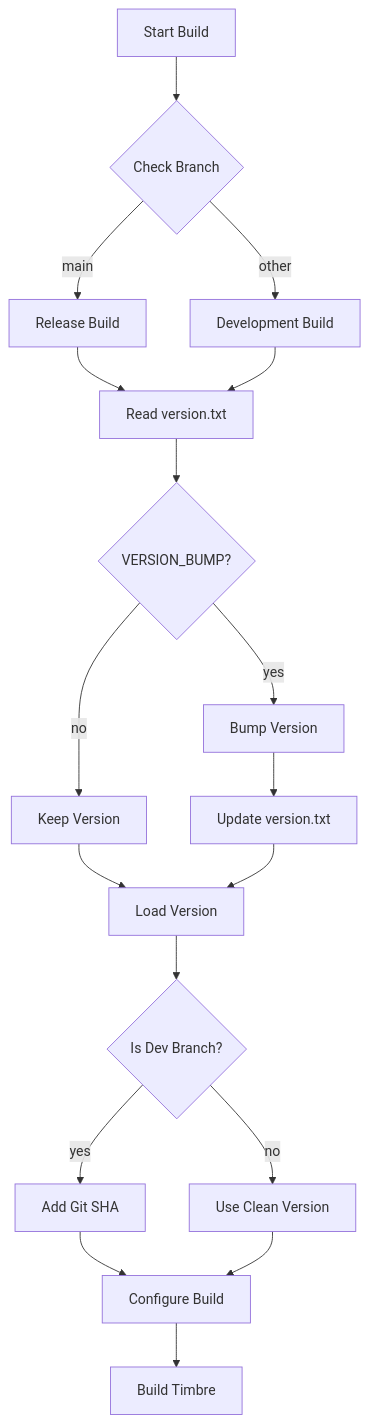
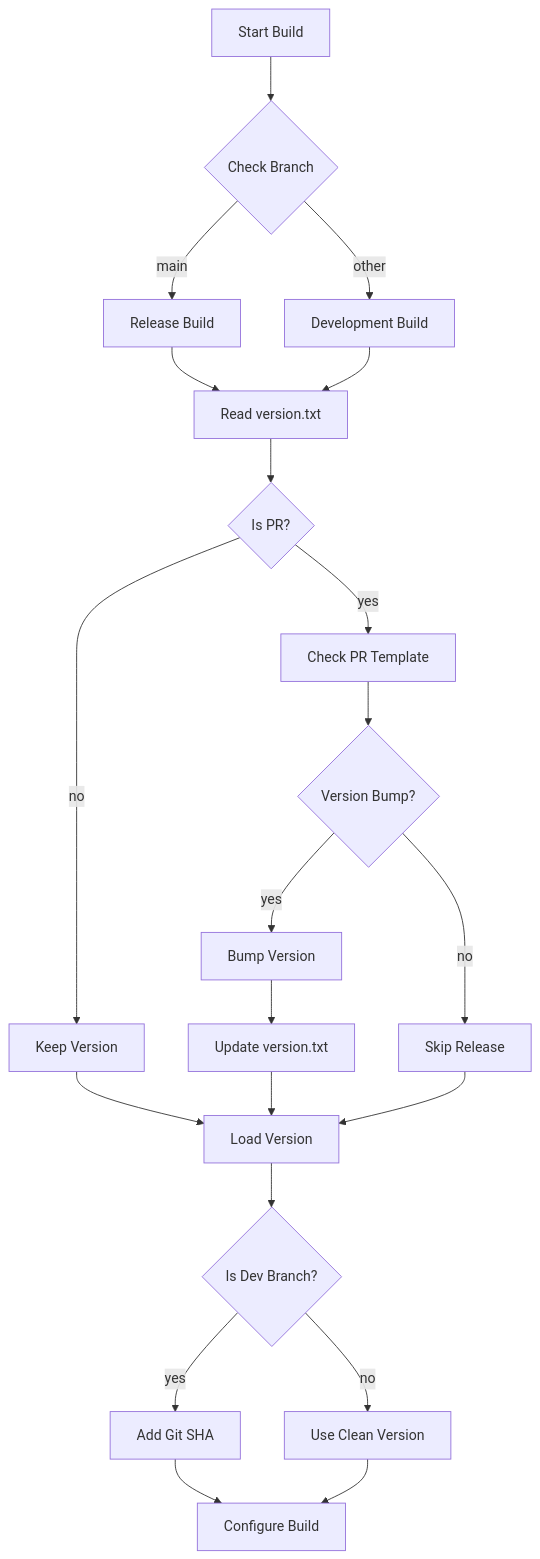
Before and after one commit to krakjn/timbre: the diagram in docs/versioning.md, drawn with Mermaid. The commit also changed other lines of this file and 23 other files, not shown here.

````diff
--- a/docs/versioning.md
+++ b/docs/versioning.md
@@ -18,26 +18,29 @@
 ```mermaid
 graph TD
     A[Start Build] --> B{Check Branch}
     B -->|main| C[Release Build]
     B -->|other| D[Development Build]
     
     C --> E[Read version.txt]
     D --> E
     
-    E --> F{VERSION_BUMP?}
-    F -->|yes| G[Bump Version]
+    E --> F{Is PR?}
+    F -->|yes| G[Check PR Template]
     F -->|no| H[Keep Version]
     
-    G --> I[Update version.txt]
-    H --> J[Load Version]
-    I --> J
+    G --> I{Version Bump?}
+    I -->|yes| J[Bump Version]
+    I -->|no| K[Skip Release]
     
-    J --> K{Is Dev Branch?}
-    K -->|yes| L[Add Git SHA]
-    K -->|no| M[Use Clean Version]
+    J --> L[Update version.txt]
+    H --> M[Load Version]
+    L --> M
+    K --> M
     
-    L --> N[Configure Build]
-    M --> N
+    M --> N{Is Dev Branch?}
+    N -->|yes| O[Add Git SHA]
+    N -->|no| P[Use Clean Version]
     
-    N --> O[Build Timbre]
+    O --> Q[Configure Build]
+    P --> Q
 ```
````
